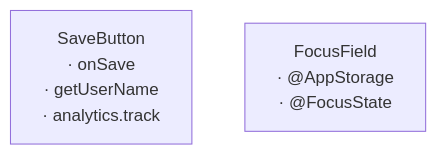
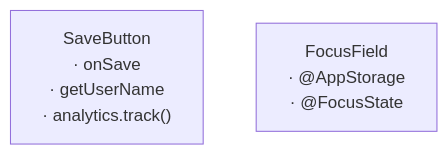
The third of 3 diagrams in hypermodular/scripts/fixtures/broken/APP-MAP.md (sisoje/hypermodular), drawn with Mermaid before and after one commit. The commit also changed 10 other files, not shown here.

````diff
--- a/hypermodular/scripts/fixtures/broken/APP-MAP.md
+++ b/hypermodular/scripts/fixtures/broken/APP-MAP.md
@@ -30,6 +30,6 @@
 ```mermaid
 %% Root: App · Unmounted
 flowchart TD
-    SaveButton["SaveButton<br/>· onSave<br/>· getUserName<br/>· analytics.track"]
+    SaveButton["SaveButton<br/>· onSave<br/>· getUserName<br/>· analytics.track()"]
     FocusField["FocusField<br/>· @AppStorage<br/>· @FocusState"]
 ```
````
